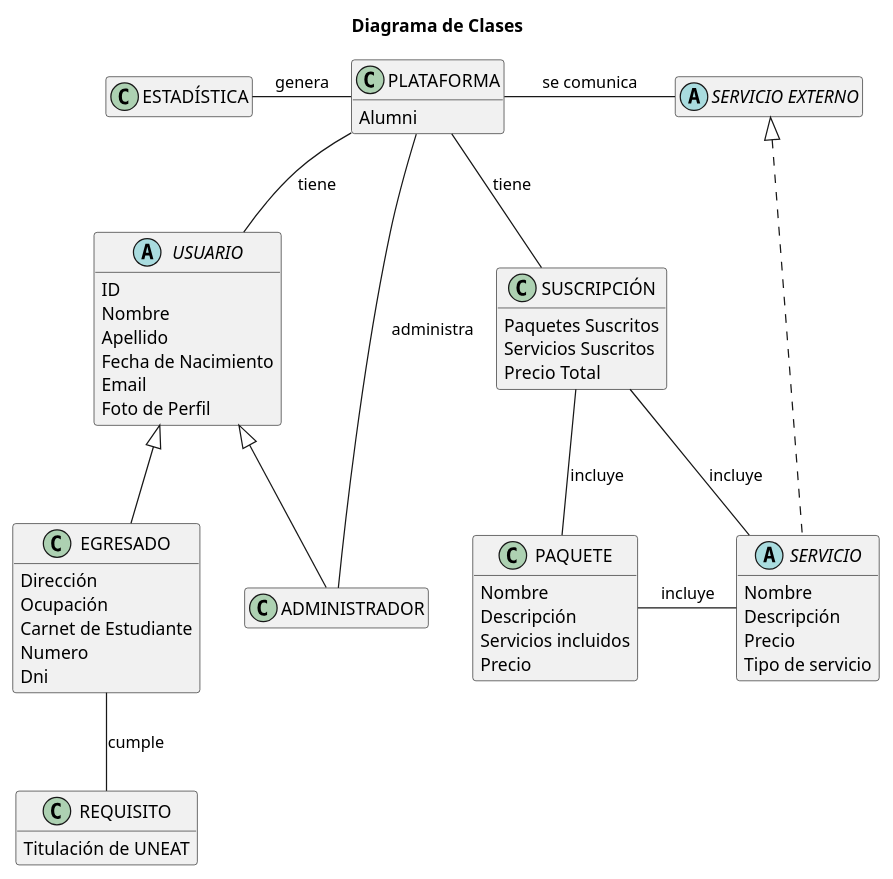
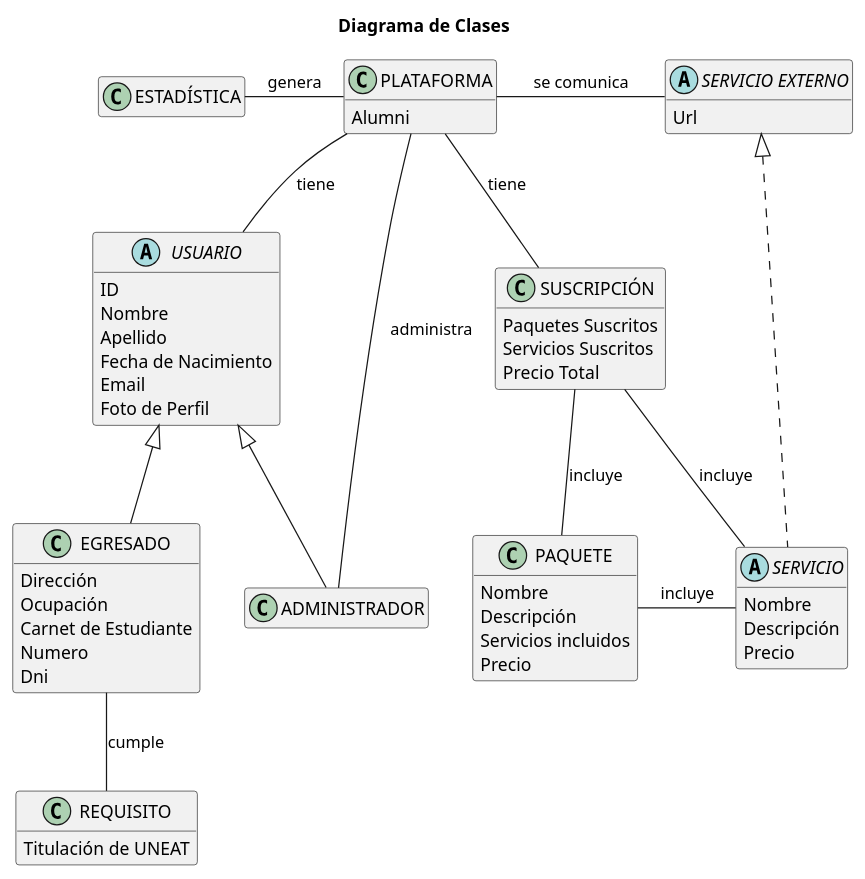
The diagram in Modelo_de_Dominio/Diagramas_de_Clases/Diagrama_de_Clases/Diagrama_de_Clases.puml (mmasias/23-24-IdSw1-SDR), drawn with PlantUML before and after one commit. The commit also changed 3 other files, not shown here.

Commit message:
cambio diagrama de clases y diagrama de objetos

```diff
--- a/Modelo_de_Dominio/Diagramas_de_Clases/Diagrama_de_Clases/Diagrama_de_Clases.puml
+++ b/Modelo_de_Dominio/Diagramas_de_Clases/Diagrama_de_Clases/Diagrama_de_Clases.puml
@@ -1,86 +1,87 @@
 @startuml Diagrama_de_Clases
 
 title Diagrama de Clases
 
 '!theme amiga
 skinparam backgroundColor white
 skinparam defaultFontName Arial
 
 hide empty members
 
 class PLATAFORMA 
 {
    Alumni
 }
 
-abstract "SERVICIO EXTERNO"
+abstract "SERVICIO EXTERNO"{
+    Url
+}
 
 abstract USUARIO 
 {
     ID
     Nombre 
     Apellido
     Fecha de Nacimiento
     Email
     Foto de Perfil
 }
 
 class EGRESADO 
 {
     Dirección
     Ocupación
     Carnet de Estudiante
     Numero
     Dni
 }
 
 class ADMINISTRADOR 
 {
 }
 
 class REQUISITO 
 {
     Titulación de UNEAT
 }
 
 class ESTADÍSTICA 
 {
 }
 
 class SUSCRIPCIÓN 
 {
     Paquetes Suscritos
     Servicios Suscritos
     Precio Total
 }
 
 class PAQUETE
 {
     Nombre
     Descripción
     Servicios incluidos
     Precio
 }
 
 abstract SERVICIO 
 {
     Nombre 
     Descripción
     Precio
-    Tipo de servicio
 }
 
 PLATAFORMA -- USUARIO : tiene
 PLATAFORMA -left ESTADÍSTICA : genera
 PLATAFORMA -right- "SERVICIO EXTERNO" : se comunica
 SERVICIO .up..|> "SERVICIO EXTERNO"
 SUSCRIPCIÓN -up- PLATAFORMA : tiene
 SUSCRIPCIÓN -- SERVICIO : incluye
 EGRESADO -- REQUISITO : cumple
 SUSCRIPCIÓN -- PAQUETE : incluye
 PAQUETE - SERVICIO : incluye
 USUARIO <|-- EGRESADO
 USUARIO <|-- ADMINISTRADOR
 ADMINISTRADOR -up- PLATAFORMA : administra
 
 @enduml
```
